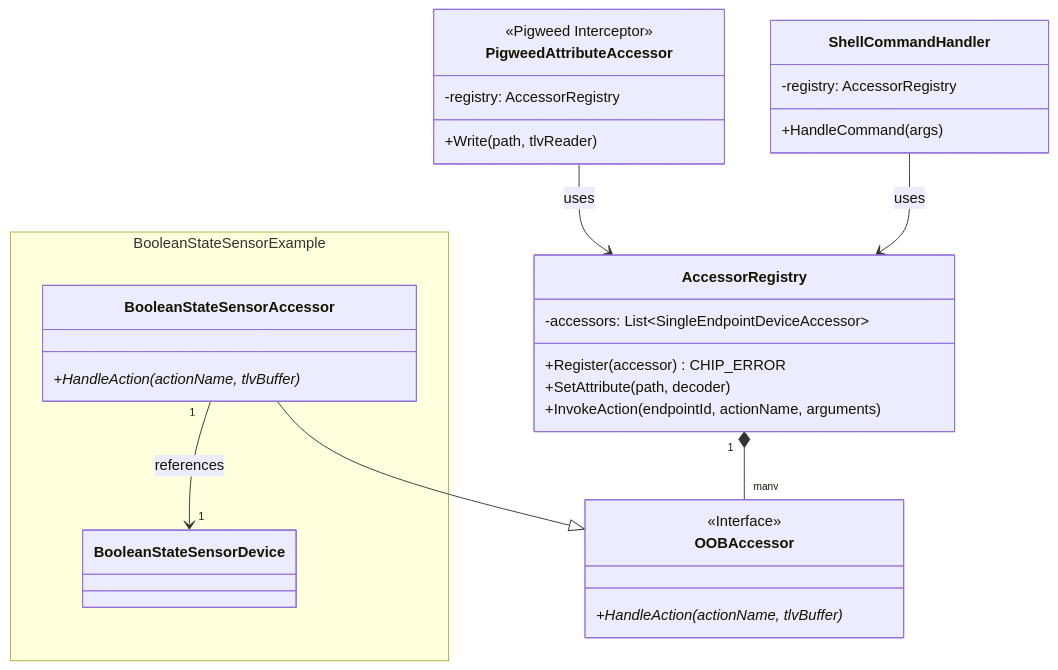
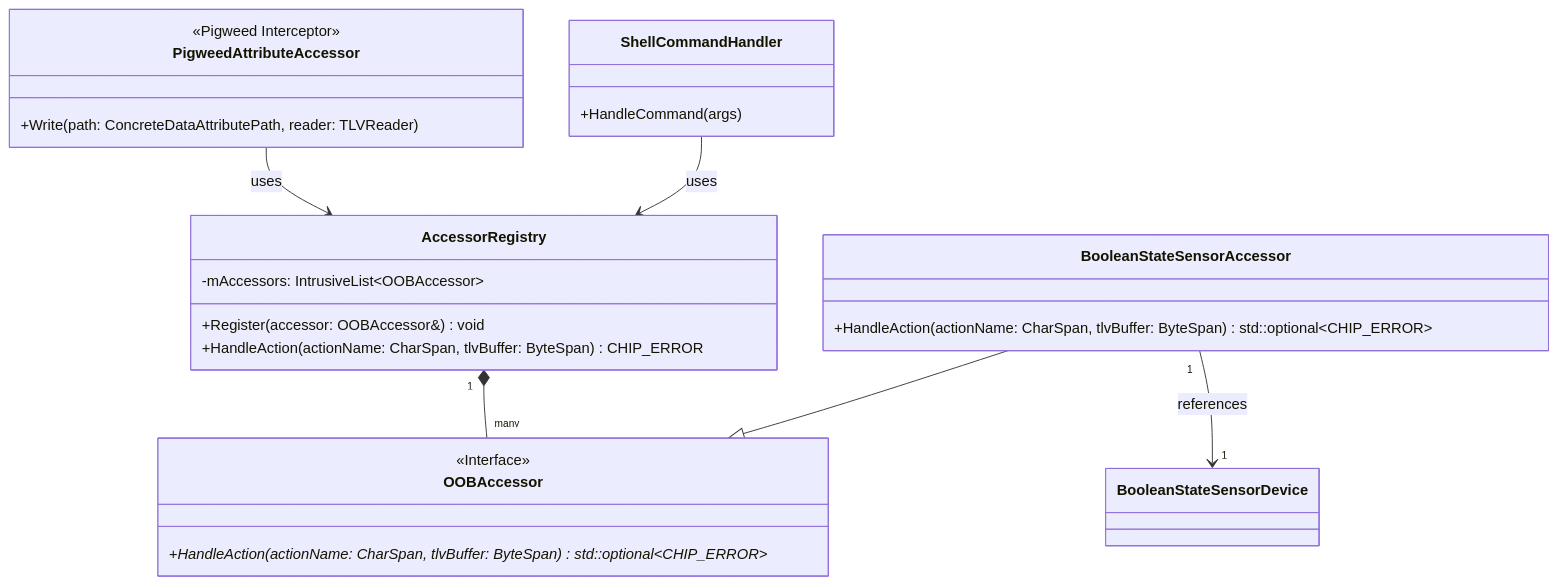
One commit to project-chip/connectedhomeip changed the diagram in examples/all-devices-app/all-devices-common/accessors/README.md. Above: the diagram before and after it, drawn with Mermaid.

````diff
--- a/examples/all-devices-app/all-devices-common/accessors/README.md
+++ b/examples/all-devices-app/all-devices-common/accessors/README.md
@@ -17,37 +17,31 @@
 ```mermaid
 classDiagram
     class AccessorRegistry {
-        -accessors: List~SingleEndpointDeviceAccessor~
-        +Register(accessor) CHIP_ERROR
-        +SetAttribute(path, decoder)
-        +InvokeAction(endpointId, actionName, arguments)
+        -mAccessors: IntrusiveList~OOBAccessor~
+        +Register(accessor: OOBAccessor&) void
+        +HandleAction(actionName: CharSpan, tlvBuffer: ByteSpan) CHIP_ERROR
     }
     class OOBAccessor {
         <<Interface>>
-        +HandleAction(actionName, tlvBuffer)*
+        +HandleAction(actionName: CharSpan, tlvBuffer: ByteSpan) std::optional~CHIP_ERROR~*
     }
-
-    namespace BooleanStateSensorExample {
-        class BooleanStateSensorAccessor {
-            +HandleAction(actionName, tlvBuffer)*
-        }
-        class BooleanStateSensorDevice {
-        }
+    class BooleanStateSensorAccessor {
+        +HandleAction(actionName: CharSpan, tlvBuffer: ByteSpan) std::optional~CHIP_ERROR~
+    }
+    class BooleanStateSensorDevice {
     }
 
     class PigweedAttributeAccessor {
         <<Pigweed Interceptor>>
-        -registry: AccessorRegistry
-        +Write(path, tlvReader)
+        +Write(path: ConcreteDataAttributePath, reader: TLVReader)
     }
     class ShellCommandHandler {
-        -registry: AccessorRegistry
         +HandleCommand(args)
     }
 
     AccessorRegistry "1" *-- "many" OOBAccessor
     BooleanStateSensorAccessor --|> OOBAccessor
     BooleanStateSensorAccessor "1" --> "1" BooleanStateSensorDevice : references
     PigweedAttributeAccessor --> AccessorRegistry : uses
     ShellCommandHandler --> AccessorRegistry : uses
 ```
````
